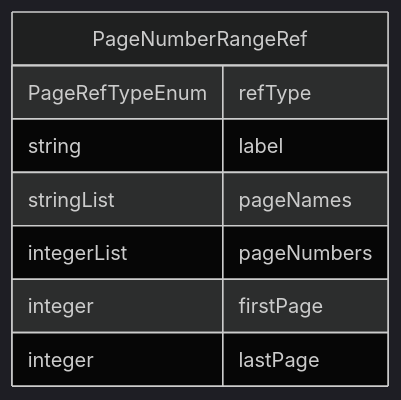
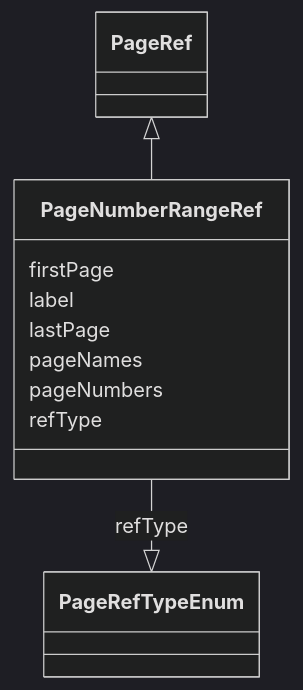
One commit to cdisc-org/analysis-results-standard changed the diagram in project/docs/PageNumberRangeRef.md. Above: the diagram before and after it, drawn with Mermaid (dark theme). The commit also changed 256 other files, not shown here.

Commit message:
Documentation diagrams

````diff
--- a/project/docs/PageNumberRangeRef.md
+++ b/project/docs/PageNumberRangeRef.md
@@ -13,14 +15,21 @@
 ```mermaid
-erDiagram
-PageNumberRangeRef {
-    PageRefTypeEnum refType  
-    string label  
-    stringList pageNames  
-    integerList pageNumbers  
-    integer firstPage  
-    integer lastPage  
-}
-
-
-
+ classDiagram
+    class PageNumberRangeRef
+      PageRef <|-- PageNumberRangeRef
+      
+      PageNumberRangeRef : firstPage
+        
+      PageNumberRangeRef : label
+        
+      PageNumberRangeRef : lastPage
+        
+      PageNumberRangeRef : pageNames
+        
+      PageNumberRangeRef : pageNumbers
+        
+      PageNumberRangeRef : refType
+        
+          PageNumberRangeRef --|> PageRefTypeEnum : refType
+        
+      
 ```
````
